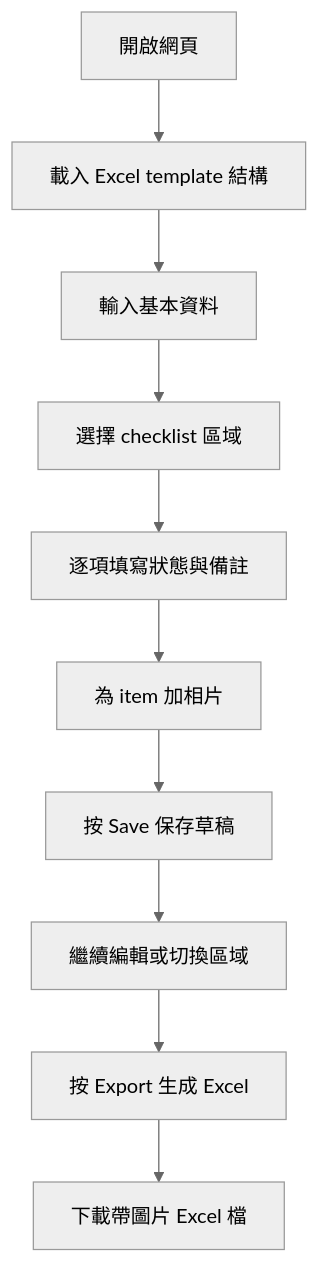
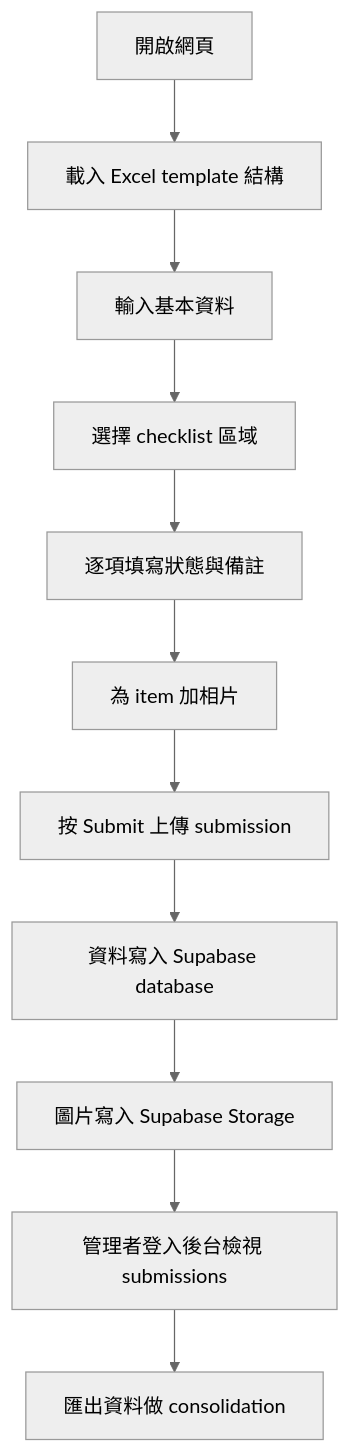
One commit to wilsonlcf1216-lab/questionnaire changed the diagram in .trae/documents/hospital-ward-checklist-prd.md. Above: the diagram before and after it, drawn with Mermaid (neutral theme). The commit also changed other lines of this file and 33 other files, not shown here.

````diff
--- a/.trae/documents/hospital-ward-checklist-prd.md
+++ b/.trae/documents/hospital-ward-checklist-prd.md
@@ -30,12 +31,13 @@
 ```mermaid
 flowchart TD
     A["開啟網頁"] --> B["載入 Excel template 結構"]
     B --> C["輸入基本資料"]
     C --> D["選擇 checklist 區域"]
     D --> E["逐項填寫狀態與備註"]
     E --> F["為 item 加相片"]
-    F --> G["按 Save 保存草稿"]
-    G --> H["繼續編輯或切換區域"]
-    H --> I["按 Export 生成 Excel"]
-    I --> J["下載帶圖片 Excel 檔"]
+    F --> G["按 Submit 上傳 submission"]
+    G --> H["資料寫入 Supabase database"]
+    H --> I["圖片寫入 Supabase Storage"]
+    I --> J["管理者登入後台檢視 submissions"]
+    J --> K["匯出資料做 consolidation"]
 ```
````
